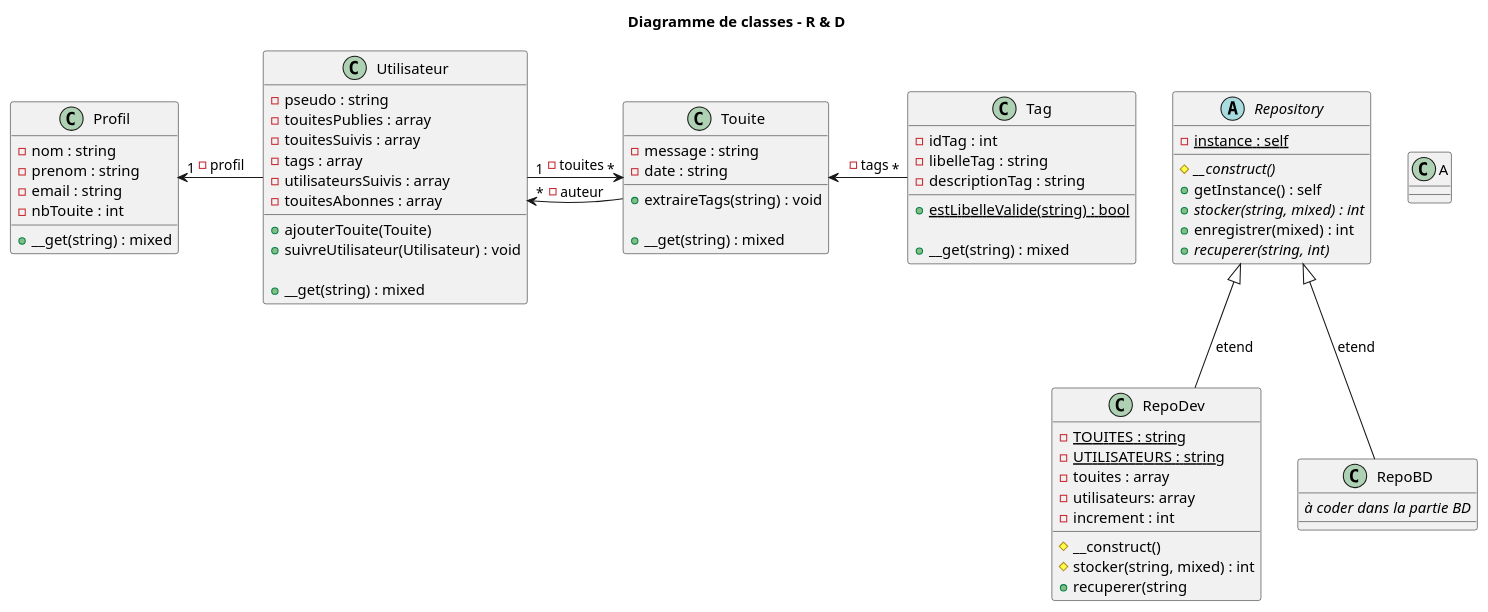
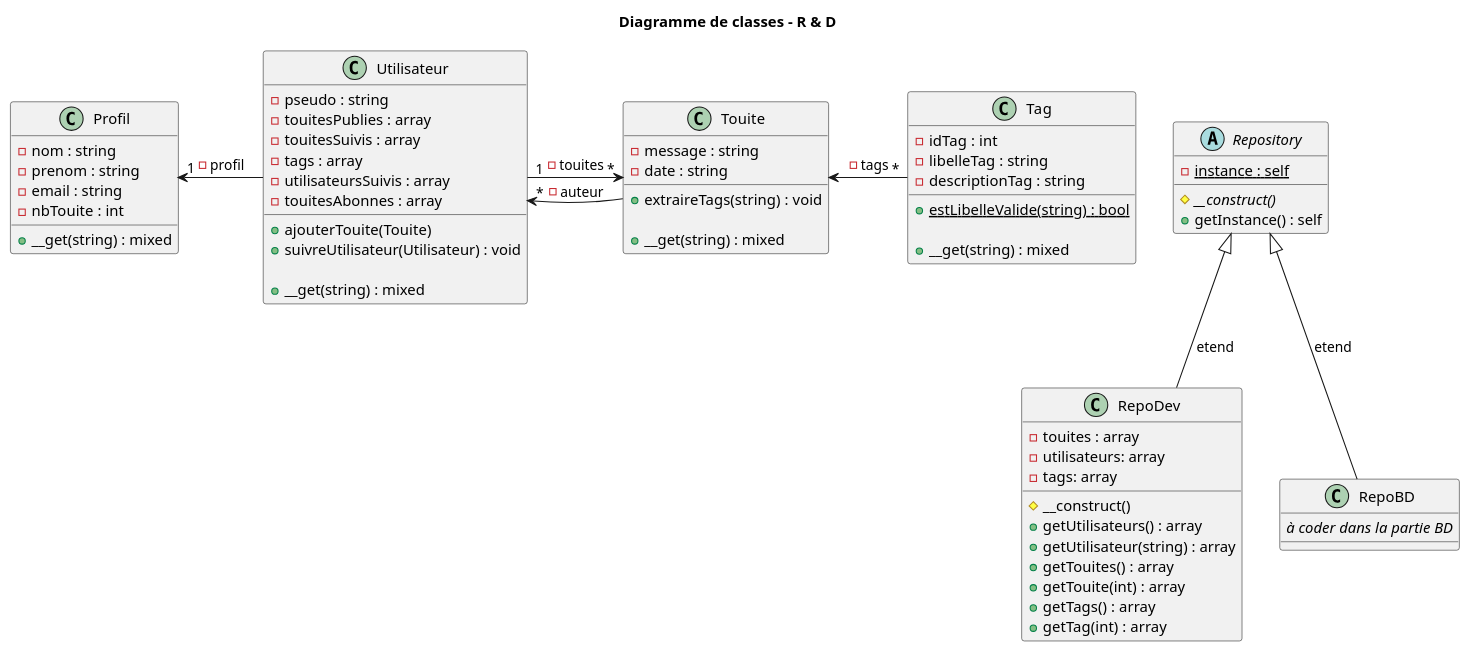
Before and after one commit to pierre-gallois/touiteur-app: the diagram in doc/diag-classe.puml, drawn with PlantUML.

Commit message:
update de la doc

```diff
--- a/doc/diag-classe.puml
+++ b/doc/diag-classe.puml
@@ -1,98 +1,96 @@
 @startuml
 
 title "Diagramme de classes - R & D"
 
 
 class Touite {
     - message : string
     - date : string
     + extraireTags(string) : void
 
     + __get(string) : mixed
 }
 
 class Utilisateur {
     - pseudo : string
     - touitesPublies : array
     - touitesSuivis : array
     - tags : array
     - utilisateursSuivis : array
     - touitesAbonnes : array
 
 '    Publication de touites
 '    + publier(Touite)
     + ajouterTouite(Touite)
 '    + supprimer(Touite)
 '    + modifier(Touite, Touite)
 '    + relayer(Touite)
 
 '    Evaluation de touite (like / dislike) :
 '    + aprouver(Touite)
 '    + rejeter(Touite)
 
 '   Social
     + suivreUtilisateur(Utilisateur) : void
 '    + suivreTag(Tag)
 
     + __get(string) : mixed
 }
 
 class Profil {
     - nom : string
     - prenom : string
     - email : string
     - nbTouite : int
 
     + __get(string) : mixed
 }
 
 class Tag {
     - idTag : int
     - libelleTag : string
     - descriptionTag : string
     + {static} estLibelleValide(string) : bool
 
     + __get(string) : mixed
 }
 
 
 abstract class Repository {
     - {static} instance : self
     # {abstract} __construct()
     + getInstance() : self
-    + {abstract} stocker(string, mixed) : int
-    + enregistrer(mixed) : int
-    + {abstract} recuperer(string, int)
 }
 
 class RepoDev {
-    - {static} TOUITES : string
-    - {static} UTILISATEURS : string
     - touites : array
     - utilisateurs: array
-    - increment : int
+    - tags: array
     # __construct()
-    # stocker(string, mixed) : int
-    + recuperer(string
+    + getUtilisateurs() : array
+    + getUtilisateur(string) : array
+    + getTouites() : array
+    + getTouite(int) : array
+    + getTags() : array
+    + getTag(int) : array
+
 }
 class RepoBD {
     {abstract}à coder dans la partie BD
 }
 Repository <|-- RepoDev : etend
 Repository <|-- RepoBD : etend
 
 Utilisateur "1" -> "*" Touite      : - touites
 Touite      " " <- "*" Tag         : - tags
 Utilisateur "*" <- " " Touite      : - auteur
 Profil      "1" <- " " Utilisateur : - profil
 
 ' ↓ ↓ ↓ ↓ [R&D] ↓ ↓ ↓ ↓
 'abstract class Suivable {}
 'Suivable "*" <- Suivable : - suivis
 'Suivable <|-- Tag : etend
 'Suivable <|-- Utilisateur: etend
 
-class A
-
 
 @enduml
```
